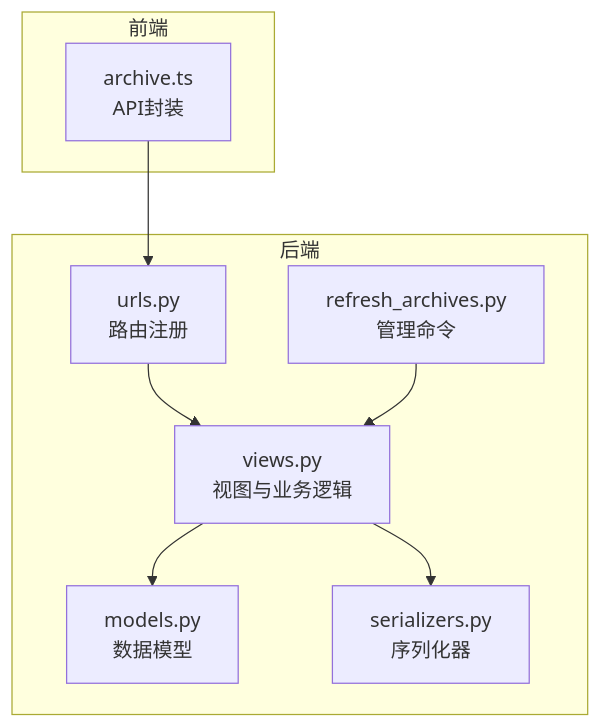
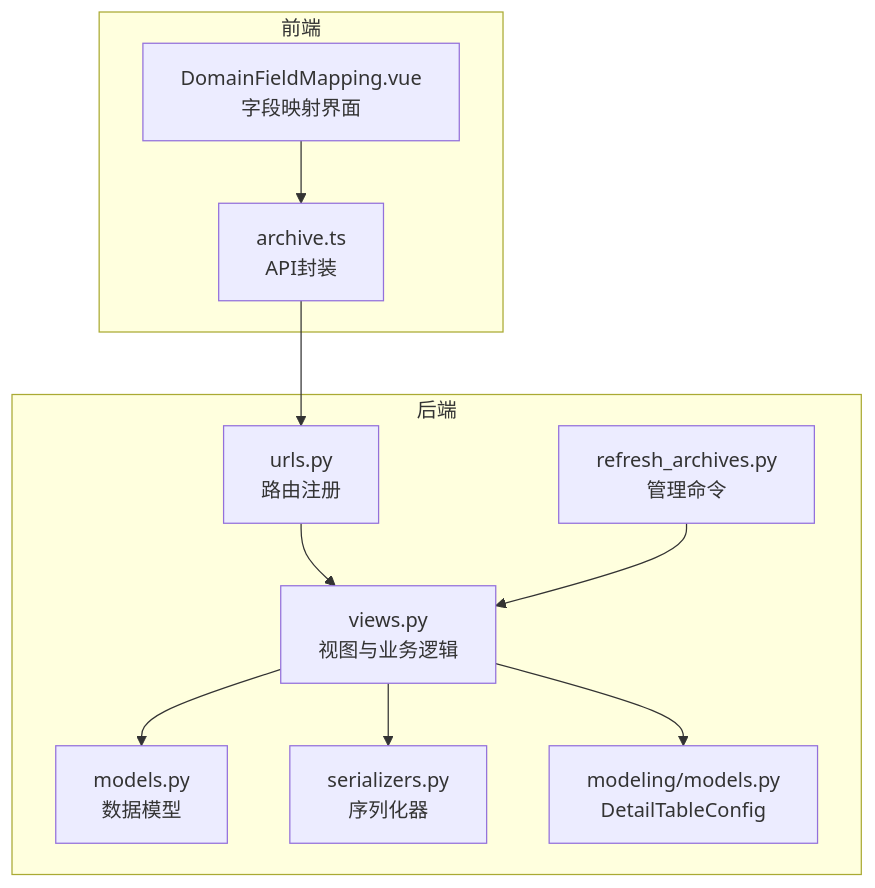
The first of 6 diagrams in .qoder/repowiki/zh/content/档案管理模块/API同步管理.md (zyp-coder/Metadata), drawn with Mermaid before and after one commit. The commit also changed other lines of this file and 42 other files, not shown here.

````diff
--- a/.qoder/repowiki/zh/content/档案管理模块/API同步管理.md
+++ b/.qoder/repowiki/zh/content/档案管理模块/API同步管理.md
@@ -36,18 +47,22 @@
 ```mermaid
 graph TB
 subgraph "后端"
 M["models.py<br/>数据模型"]
 V["views.py<br/>视图与业务逻辑"]
 S["serializers.py<br/>序列化器"]
 U["urls.py<br/>路由注册"]
 C["refresh_archives.py<br/>管理命令"]
+MD["modeling/models.py<br/>DetailTableConfig"]
 end
 subgraph "前端"
 F["archive.ts<br/>API封装"]
+DF["DomainFieldMapping.vue<br/>字段映射界面"]
 end
 F --> U
 U --> V
 V --> M
 V --> S
+V --> MD
 C --> V
+DF --> F
 ```
````
